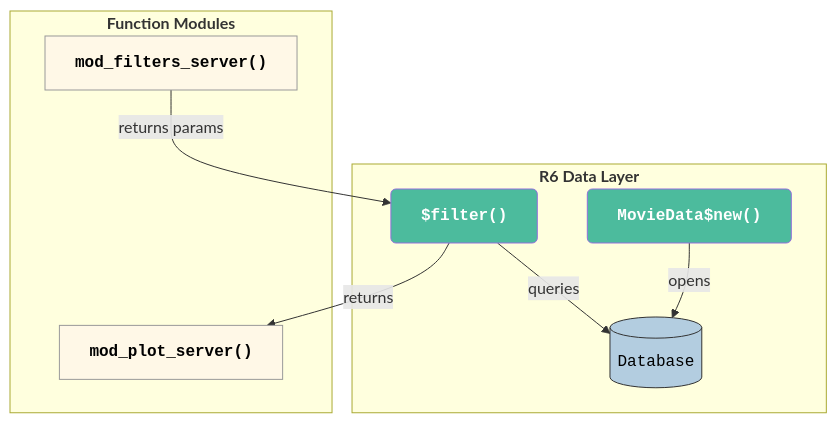
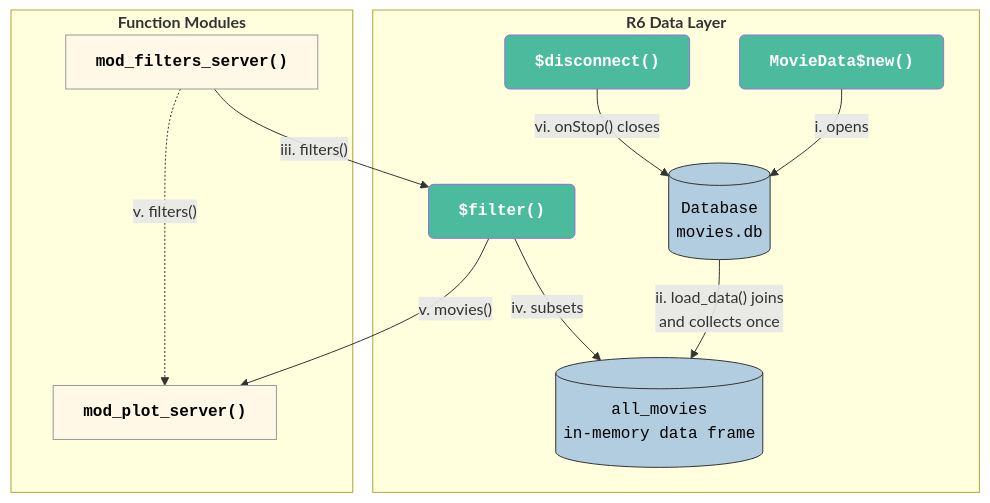
One commit to mjfrigaard/mjfrigaard.github.io changed the seventh of 8 diagrams in posts/shiny-r6/index.qmd. Above: the diagram before and after it, drawn with Mermaid. The commit also changed other lines of this file and 5 other files, not shown here.

````diff
--- a/posts/shiny-r6/index.qmd
+++ b/posts/shiny-r6/index.qmd
@@ -720,30 +760,37 @@
 ```{mermaid}
 %%| eval: true
 %%| fig-align: 'center'
 %%| fig-caption: 'Hybrid: R6 Data Layer + Function Modules'
 %%| echo: false
 %%{init: {'theme': 'base', 'themeVariables': { 'fontFamily': 'monospace', "darkMode":true}}}}%%
 
 flowchart TD
     subgraph R6Layer["<strong>R6 Data Layer</strong>"]
         New["<strong>MovieData$new()</strong>"]
+        Con[("Database<br/><code>movies.db</code>")]
+        All[("<code>all_movies</code><br/>in-memory data frame")]
         Filter["<strong>$filter()</strong>"]
-        Con[("Database")]
+        Disc["<strong>$disconnect()</strong>"]
     end
 
     subgraph FuncLayer["<strong>Function Modules</strong>"]
         ModFilters["<strong>mod_filters_server()</strong>"]
         ModPlot["<strong>mod_plot_server()</strong>"]
     end
 
-    New -->|"opens"| Con
-    ModFilters -->|"returns params"| Filter
-    Filter -->|"queries"| Con
-    Filter -->|"returns"| ModPlot
+    New -->|"i. opens"| Con
+    Con -->|"ii. load_data() joins<br/>and collects once"| All
+    ModFilters -->|"iii. filters()"| Filter
+    Filter -->|"iv. subsets"| All
+    Filter -->|"v. movies()"| ModPlot
+    ModFilters -.->|"v. filters()"| ModPlot
+    Disc -->|"vi. onStop() closes"| Con
 
     style New fill:#4CBB9D,color:#FFFFFF,rx:5,ry:5,font-family:monospace
     style Filter fill:#4CBB9D,color:#FFFFFF,rx:5,ry:5,font-family:monospace
+    style Disc fill:#4CBB9D,color:#FFFFFF,rx:5,ry:5,font-family:monospace
     style Con fill:#B3CDE0,color:#000000,stroke:#333,font-family:monospace
+    style All fill:#B3CDE0,color:#000000,stroke:#333,font-family:monospace
     style ModFilters fill:#FFF8E7,color:#000000,stroke:#999,font-family:monospace
     style ModPlot fill:#FFF8E7,color:#000000,stroke:#999,font-family:monospace
 ```
````
